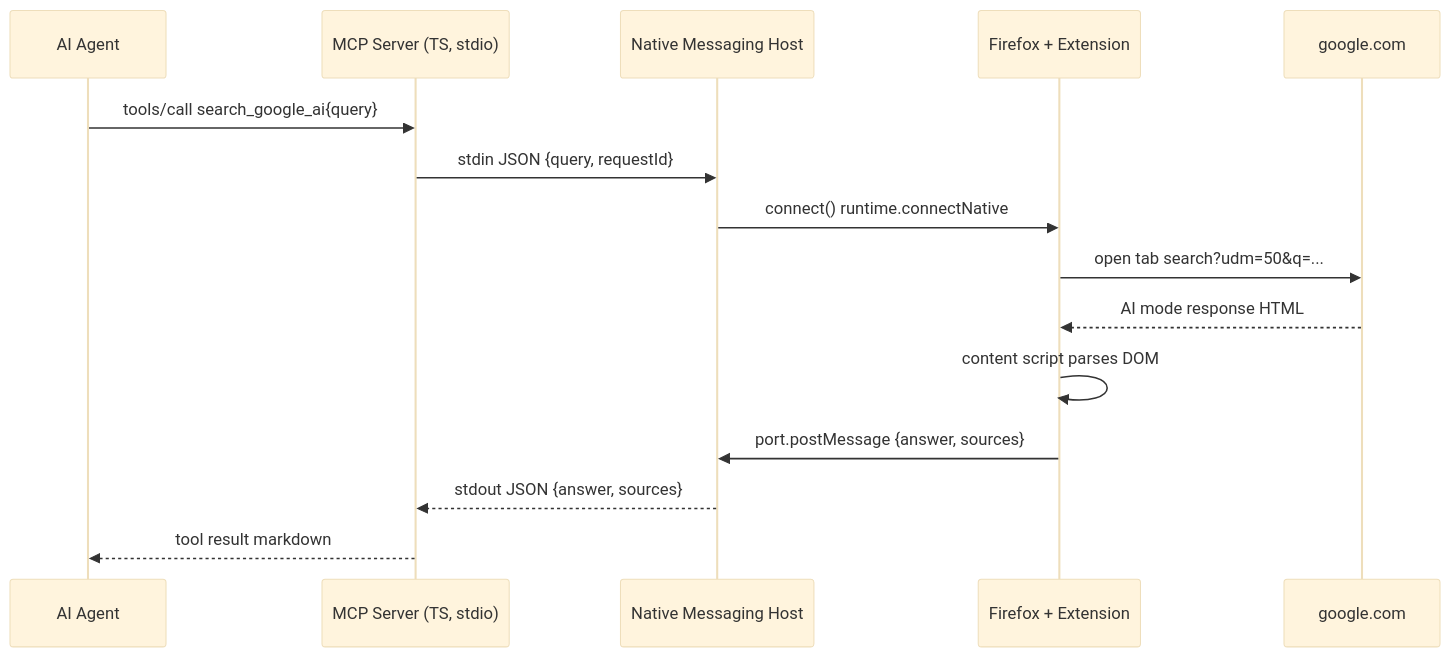
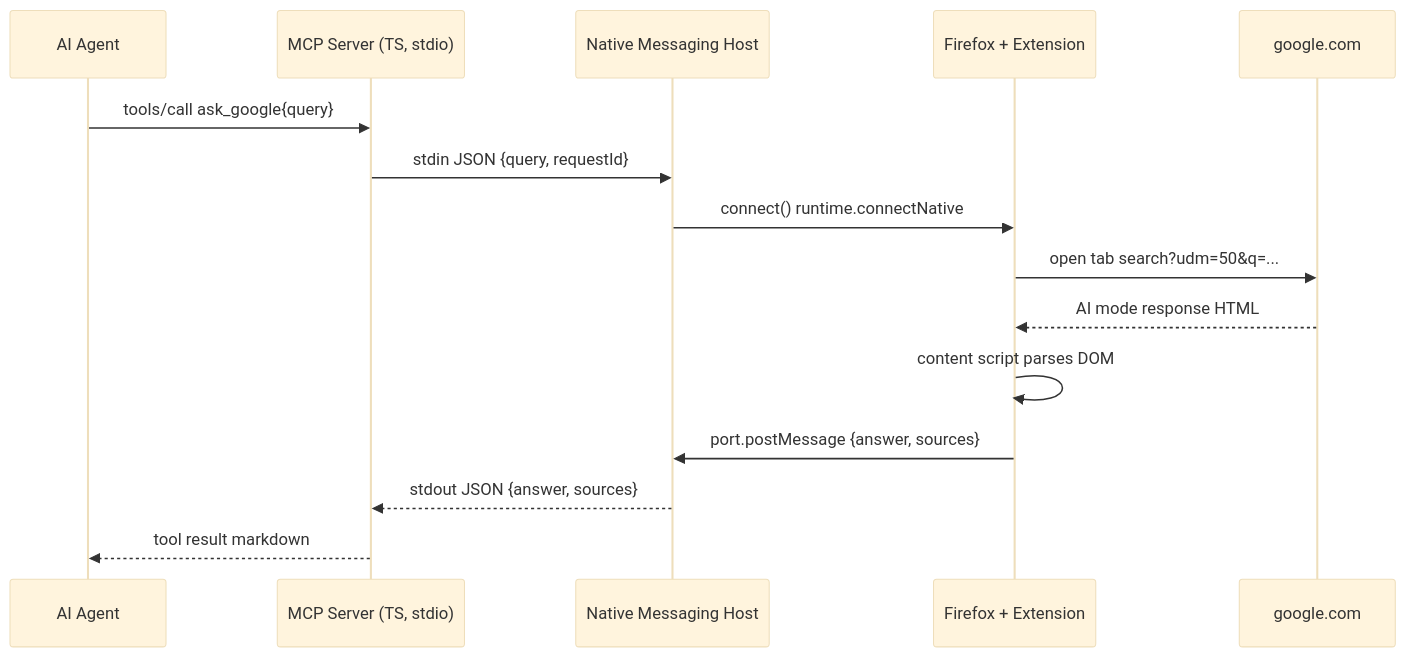
One commit to anlmaos/ask-google-omp changed the diagram in docs/2026-07-05-google-ai-search-mcp-firefox-sidecar.md. Above: the diagram before and after it, drawn with Mermaid (base theme). The commit also changed other lines of this file and 18 other files, not shown here.

First line of the commit message:
Rename all identifiers from google-ai-search to ask-google

````diff
--- a/docs/2026-07-05-google-ai-search-mcp-firefox-sidecar.md
+++ b/docs/2026-07-05-google-ai-search-mcp-firefox-sidecar.md
@@ -10,18 +10,18 @@
 ```mermaid
 sequenceDiagram
     participant Agent as AI Agent
     participant MCP as MCP Server (TS, stdio)
     participant NMH as Native Messaging Host
     participant FF as Firefox + Extension
     participant G as google.com
 
-    Agent->>MCP: tools/call search_google_ai{query}
+    Agent->>MCP: tools/call ask_google{query}
     MCP->>NMH: stdin JSON {query, requestId}
     NMH->>FF: connect() runtime.connectNative
     FF->>G: open tab search?udm=50&q=...
     G-->>FF: AI mode response HTML
     FF->>FF: content script parses DOM
     FF->>NMH: port.postMessage {answer, sources}
     NMH-->>MCP: stdout JSON {answer, sources}
     MCP-->>Agent: tool result markdown
 ```
````
